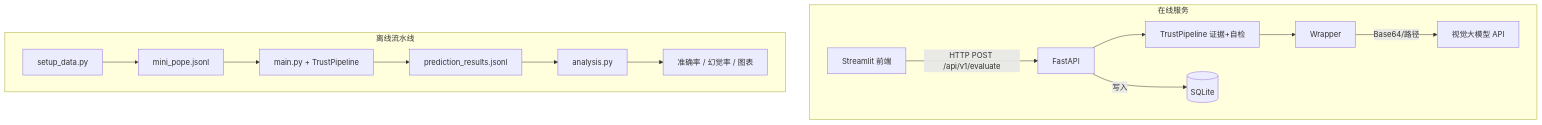
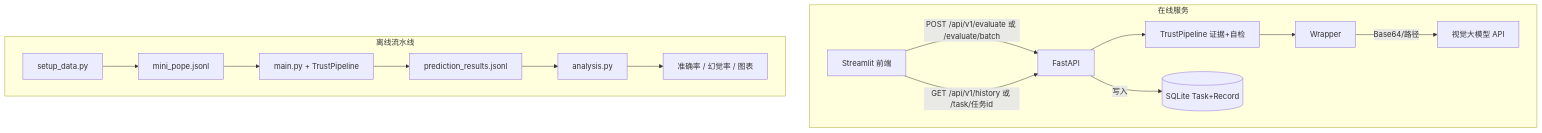
The diagram in README.md (mining-wb/MM-TrustBench), drawn with Mermaid before and after one commit. The commit also changed other lines of this file and 4 other files, not shown here.

Commit message:
feat: 全局异常与日志、Task+Record、history、批量评测与轮询、README 补充

````diff
--- a/README.md
+++ b/README.md
@@ -96,17 +103,18 @@
 ```mermaid
 flowchart TB
   subgraph 在线服务
-    A[Streamlit 前端] -->|HTTP POST /api/v1/evaluate| B[FastAPI]
+    A[Streamlit 前端] -->|POST /api/v1/evaluate 或 /evaluate/batch| B[FastAPI]
     B --> C[TrustPipeline 证据+自检]
     C --> D[Wrapper]
     D -->|Base64/路径| E[视觉大模型 API]
-    B -->|写入| F[(SQLite)]
+    B -->|写入| F[(SQLite Task+Record)]
+    A -->|GET /api/v1/history 或 /task/任务id| B
   end
   subgraph 离线流水线
     G[setup_data.py] --> H[mini_pope.jsonl]
     H --> I[main.py + TrustPipeline]
     I --> J[prediction_results.jsonl]
     J --> K[analysis.py]
     K --> L[准确率 / 幻觉率 / 图表]
   end
 ```
````
